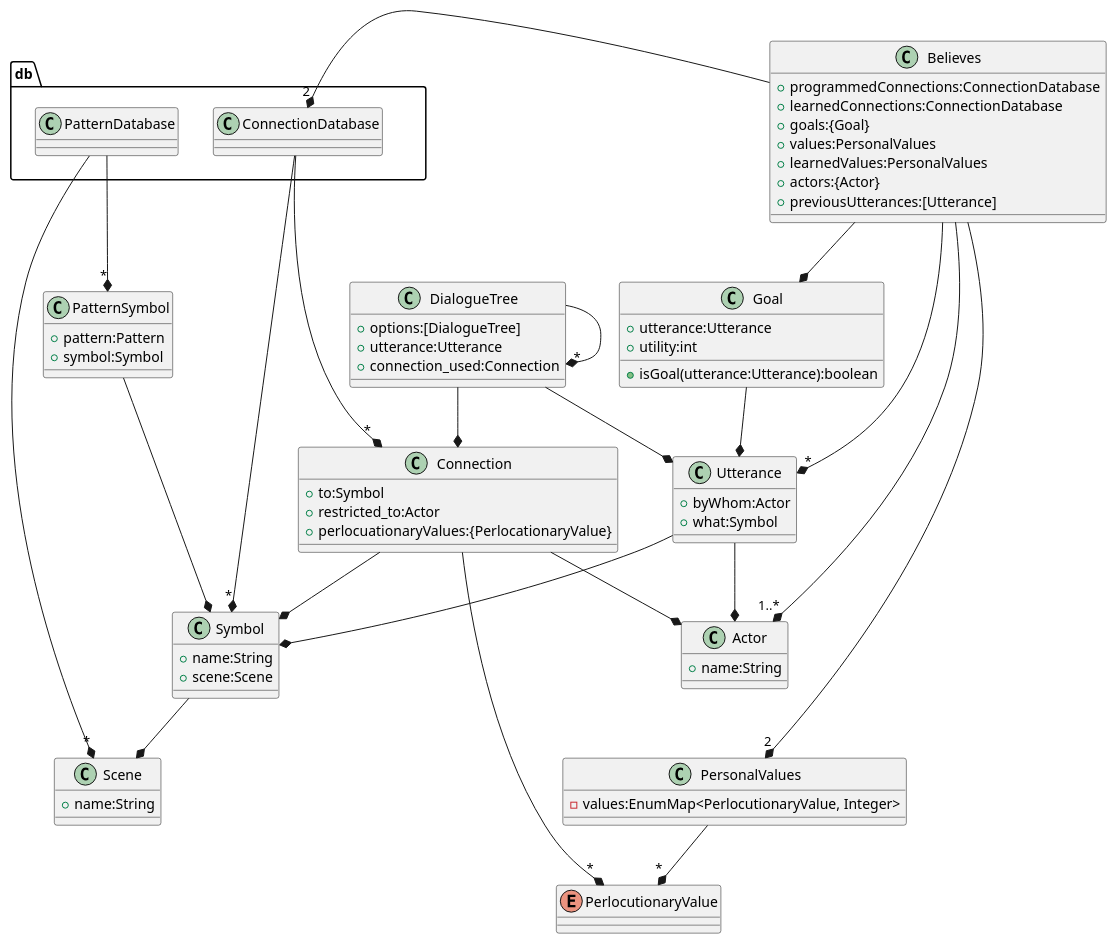
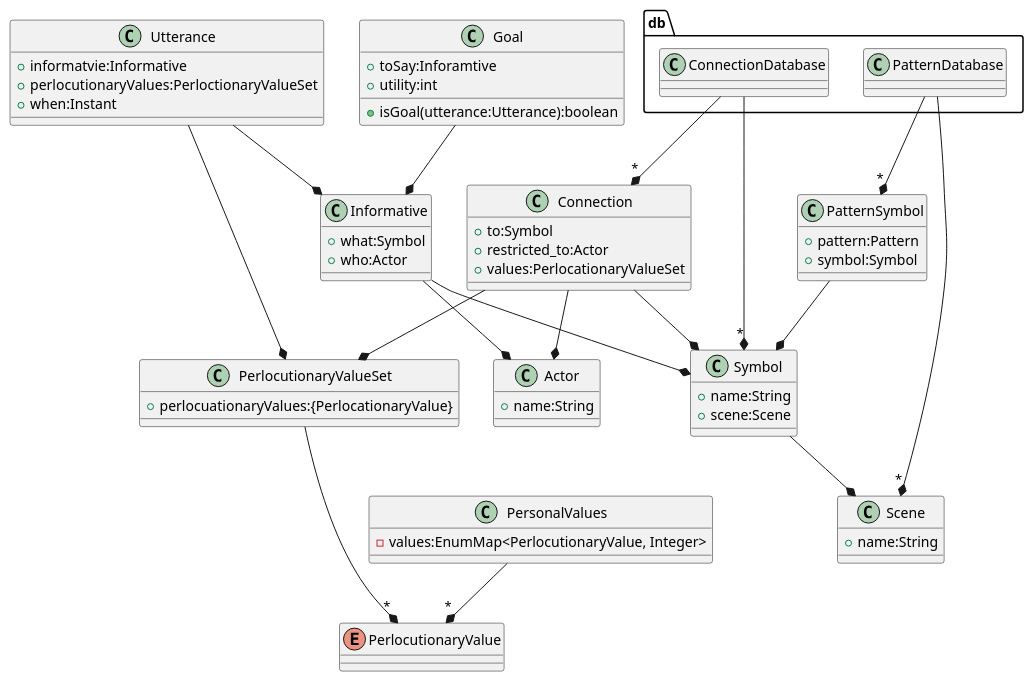
The tenth of 16 diagrams in thesis/thesis.org (jappeace/methods-homework), drawn with PlantUML before and after one commit. The commit also changed other lines of this file and 1 other file, not shown here.

Commit message:
Working on the architecture section

```diff
--- a/thesis/thesis.org
+++ b/thesis/thesis.org
@@ -2754,75 +2786,65 @@
-#+BEGIN_SRC plantuml :cache yes :file img/uml/jungclass.png :exports results
+#+BEGIN_SRC plantuml :cache yes :file img/uml/droolclass.png :exports results
   enum PerlocutionaryValue
+  class PerlocutionaryValueSet{
+    +perlocuationaryValues:{PerlocationaryValue}
+  }
+  PerlocutionaryValueSet --* "*" PerlocutionaryValue
+
   package db{
     class ConnectionDatabase
     class PatternDatabase 
   }
   PatternDatabase --* "*" PatternSymbol
   PatternDatabase --* "*" Scene
   ConnectionDatabase --* "*" Symbol
   ConnectionDatabase --* "*" Connection
+
   class Actor {
     +name:String
   }
-  class Believes{
-    +programmedConnections:ConnectionDatabase
-    +learnedConnections:ConnectionDatabase
-    +goals:{Goal}
-    +values:PersonalValues
-    +learnedValues:PersonalValues
-    +actors:{Actor}
-    +previousUtterances:[Utterance]
-  }
-  Believes -* "2" ConnectionDatabase
-  Believes --* Goal
-  Believes --* "2" PersonalValues
-  Believes --* "1..*" Actor
-  Believes --* "*" Utterance
   class Connection {
     +to:Symbol
     +restricted_to:Actor
-    +perlocuationaryValues:{PerlocationaryValue}
+    +values:PerlocationaryValueSet
   }
   Connection --* Symbol
   Connection --* Actor
-  Connection --* "*" PerlocutionaryValue
-  class DialogueTree{
-    +options:[DialogueTree]
-    +utterance:Utterance
-    +connection_used:Connection
-  }
-  DialogueTree --* "*" DialogueTree
-  DialogueTree --* Utterance
-  DialogueTree --* Connection
+  Connection --* PerlocutionaryValueSet
   class Goal{
-    +utterance:Utterance
+    +toSay:Inforamtive
     +utility:int
     +isGoal(utterance:Utterance):boolean
   }
-  Goal --* Utterance
+  Goal --* Informative
+  class Informative{
+     +what:Symbol
+     +who:Actor
+  }
+  Informative --* Actor
+  Informative --* Symbol
   class PatternSymbol{
      +pattern:Pattern
      +symbol:Symbol
   }
   PatternSymbol --* Symbol
   class PersonalValues{
      -values:EnumMap<PerlocutionaryValue, Integer>
   }
   PersonalValues --* "*" PerlocutionaryValue
   class Scene {
     +name:String
   }
   class Symbol {
     +name:String
     +scene:Scene
   }
   Symbol --* Scene
   class Utterance{
-    +byWhom:Actor
-    +what:Symbol
+    +informatvie:Informative
+    +perlocutionaryValues:PerloctionaryValueSet
+    +when:Instant
   }
-  Utterance --* Actor
-  Utterance --* Symbol
+  Utterance --* PerlocutionaryValueSet
+  Utterance --* Informative
   Actor -[hidden]-> PersonalValues
-  db -[hidden]-> DialogueTree
 #+END_SRC
```
